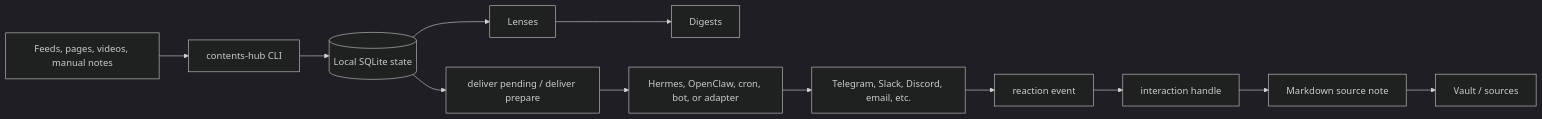
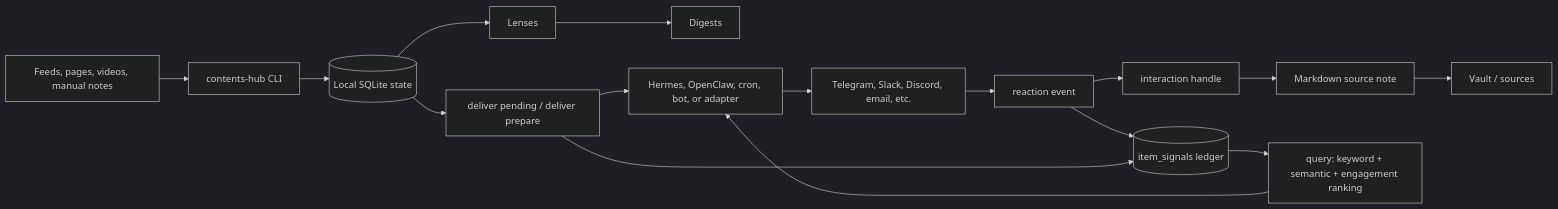
The diagram in README.md (modakbul-gongbang/contents-hub), drawn with Mermaid (dark theme) before and after one commit. The commit also changed other lines of this file and 1 other file, not shown here.

````diff
--- a/README.md
+++ b/README.md
@@ -70,14 +70,18 @@
 ```mermaid
 flowchart LR
     A[Feeds, pages, videos, manual notes] --> B[contents-hub CLI]
     B --> C[(Local SQLite state)]
     C --> D[Lenses]
     D --> E[Digests]
     C --> F[deliver pending / deliver prepare]
     F --> G[Hermes, OpenClaw, cron, bot, or adapter]
     G --> H[Telegram, Slack, Discord, email, etc.]
     H --> I[reaction event]
     I --> J[interaction handle]
     J --> K[Markdown source note]
     K --> L[Vault / sources]
+    I --> M[(item_signals ledger)]
+    F --> M
+    M --> N[query: keyword + semantic + engagement ranking]
+    N --> G
 ```
````
